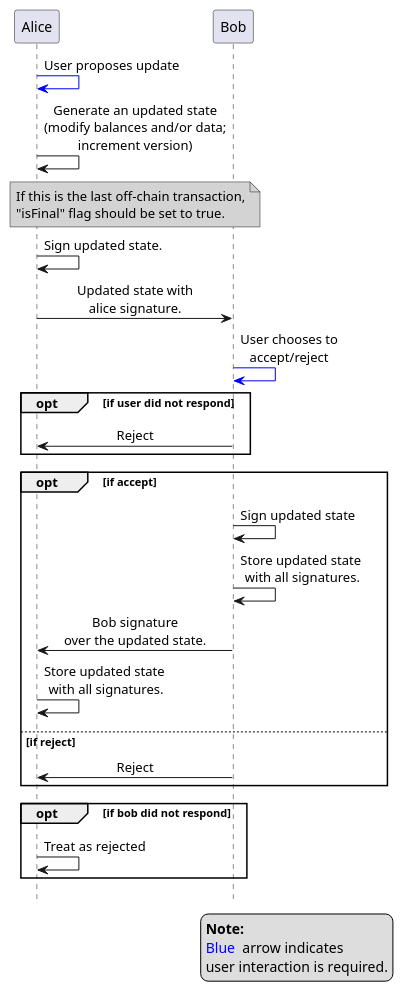
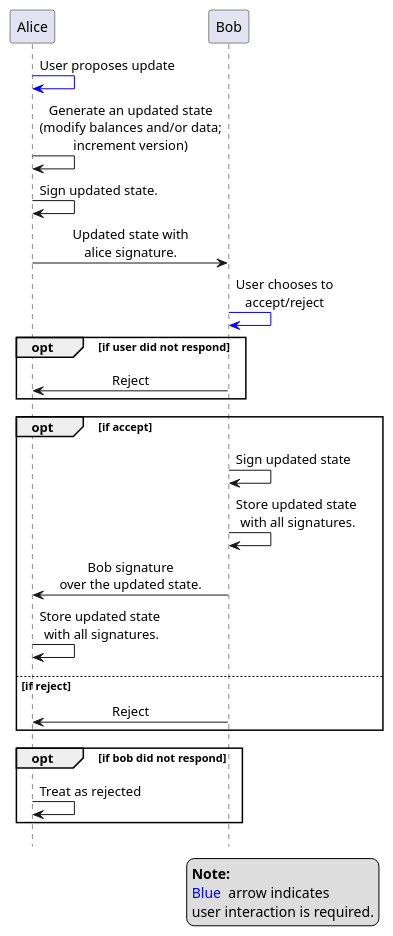
Before and after one commit to hyperledger-labs/perun-doc: the diagram in source/images/concepts/transact_generic.plantuml, drawn with PlantUML. The commit also changed 32 other files, not shown here.

```diff
--- a/source/images/concepts/transact_generic.plantuml
+++ b/source/images/concepts/transact_generic.plantuml
@@ -4,39 +4,35 @@
 @startuml transact_generic
 !pragma teoz true
 hide footbox
 skinparam SequenceMessageAlign center
 
 participant "Alice" as alice
 participant "Bob" as bob
 
 alice -[#blue]> alice: User proposes update
 alice -> alice: Generate an updated state\n(modify balances and/or data;\nincrement version)
-note over alice, bob #LightGray
-If this is the last off-chain transaction,
-"isFinal" flag should be set to true.
-endnote
 alice -> alice: Sign updated state.
 alice -> bob: Updated state with\nalice signature.
 bob -[#blue]> bob: User chooses to\naccept/reject
 opt if user did not respond
 alice <- bob: Reject
 end
 opt if accept 
 bob -> bob: Sign updated state
 bob -> bob: Store updated state \nwith all signatures.
 alice <- bob: Bob signature\nover the updated state.
 alice -> alice: Store updated state \nwith all signatures.
 else if reject
 alice <- bob: Reject
 end
 opt if bob did not respond
 alice -> alice: Treat as rejected
 end
 
 legend bottom right
 <b>Note:</b>
 <color:blue>Blue </color> arrow indicates
 user interaction is required.
 endlegend
 
 @enduml
```
